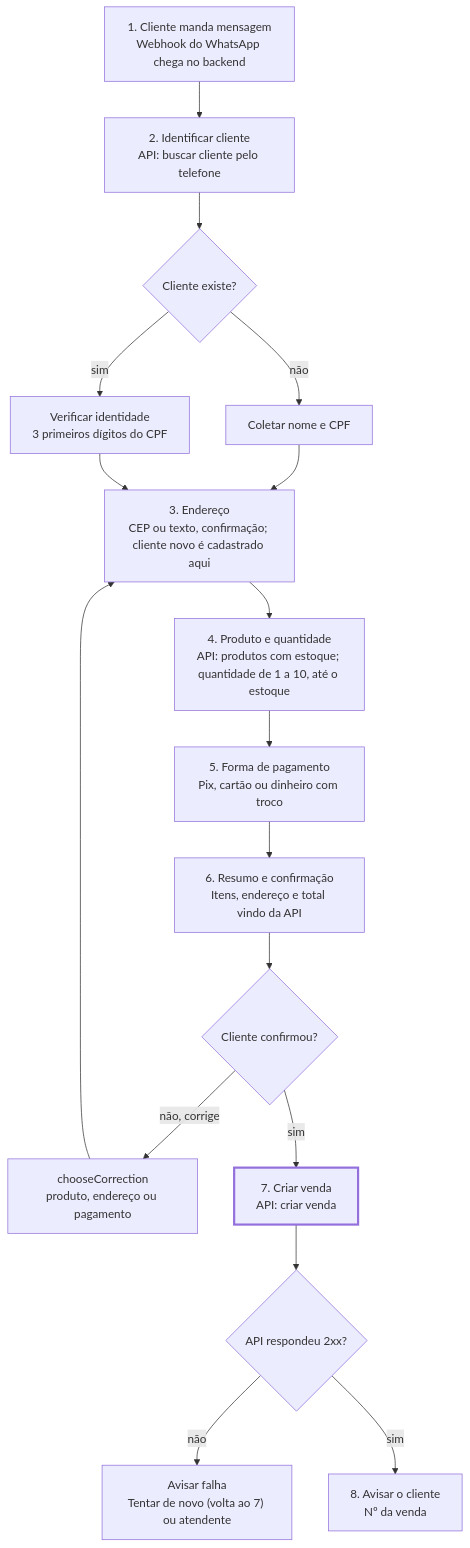
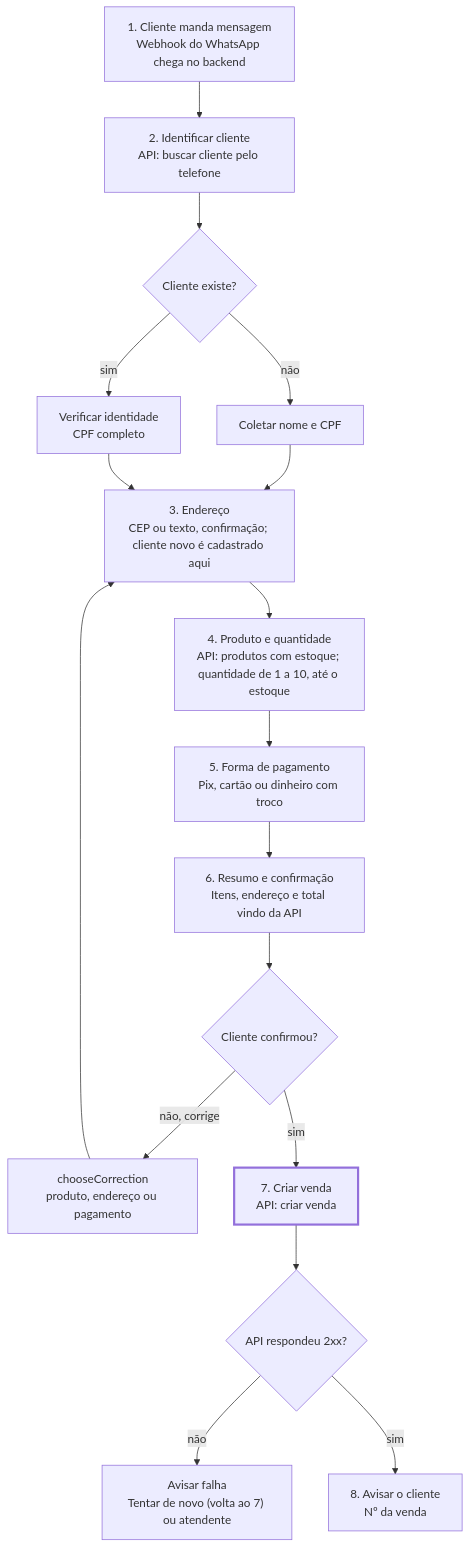
The diagram in docs/project/fluxo.md (PabloFalc/REVgas-chatbot), drawn with Mermaid before and after one commit. The commit also changed other lines of this file and 2 other files, not shown here.

Commit message:
docs: identidade por CPF completo no fluxo, Chatwoot e métricas

````diff
--- a/docs/project/fluxo.md
+++ b/docs/project/fluxo.md
@@ -9,20 +9,20 @@
 ```mermaid
 flowchart TD
     A["1. Cliente manda mensagem<br/>Webhook do WhatsApp chega no backend"] --> B["2. Identificar cliente<br/>API: buscar cliente pelo telefone"]
     B --> C{Cliente existe?}
     C -- não --> D["Coletar nome e CPF"]
-    C -- sim --> V["Verificar identidade<br/>3 primeiros dígitos do CPF"]
+    C -- sim --> V["Verificar identidade<br/>CPF completo"]
     D --> F["3. Endereço<br/>CEP ou texto, confirmação; cliente novo é cadastrado aqui"]
     V --> F
     F --> E["4. Produto e quantidade<br/>API: produtos com estoque; quantidade de 1 a 10, até o estoque"]
     E --> G["5. Forma de pagamento<br/>Pix, cartão ou dinheiro com troco"]
     G --> H["6. Resumo e confirmação<br/>Itens, endereço e total vindo da API"]
     H --> I{Cliente confirmou?}
     I -- "não, corrige" --> X["chooseCorrection<br/>produto, endereço ou pagamento"]
     X --> F
     I -- sim --> J["7. Criar venda<br/>API: criar venda"]
     J --> K{API respondeu 2xx?}
     K -- não --> L["Avisar falha<br/>Tentar de novo (volta ao 7) ou atendente"]
     K -- sim --> M["8. Avisar o cliente<br/>Nº da venda"]
     style J stroke-width:3px
 ```
````
